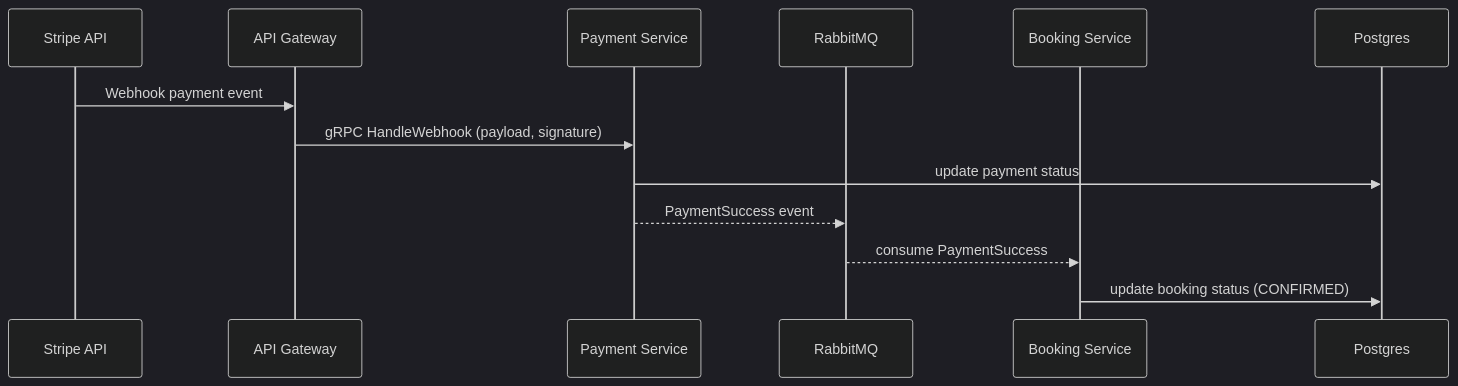
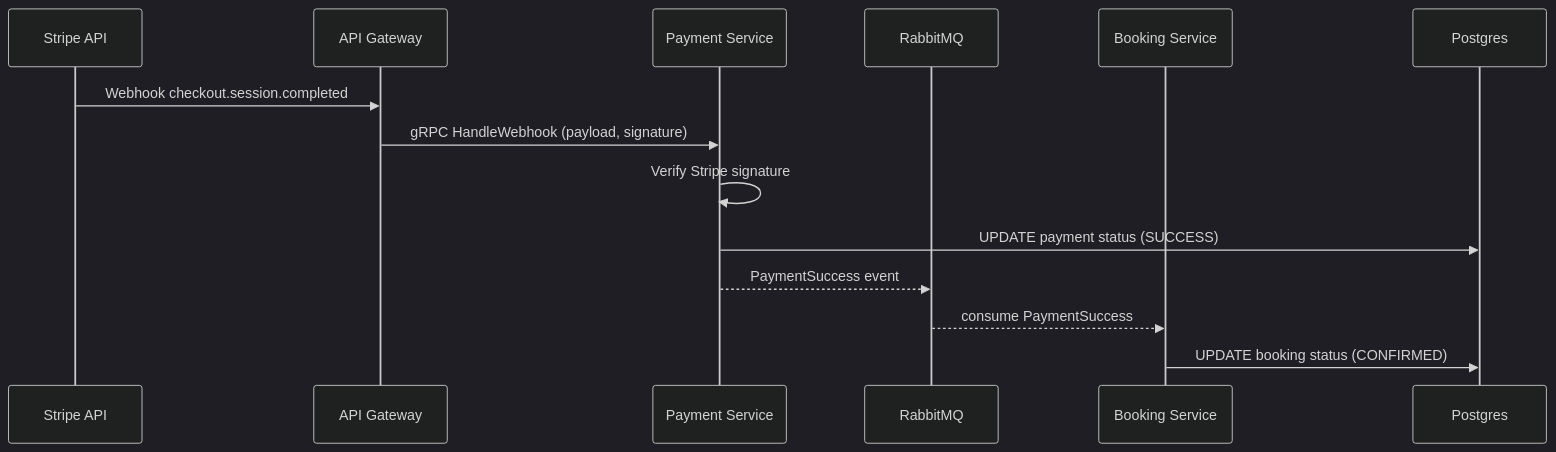
The diagram in docs/flows/payment-webhook-confirmation.md (baobei23/e-ticket), drawn with Mermaid (dark theme) before and after one commit. The commit also changed 5 other files, not shown here.

Commit message:
docs: update flow documentation

````diff
--- a/docs/flows/payment-webhook-confirmation.md
+++ b/docs/flows/payment-webhook-confirmation.md
@@ -3,17 +3,16 @@
 ```mermaid
 sequenceDiagram
   participant Stripe as Stripe API
   participant APIGW as API Gateway
   participant Payment as Payment Service
   participant MQ as RabbitMQ
   participant Booking as Booking Service
   participant DB as Postgres
-
-  Stripe ->> APIGW: Webhook payment event
+  Stripe ->> APIGW: Webhook checkout.session.completed
   APIGW ->> Payment: gRPC HandleWebhook (payload, signature)
-  Payment ->> DB: update payment status
+  Payment ->> Payment: Verify Stripe signature
+  Payment ->> DB: UPDATE payment status (SUCCESS)
   Payment -->> MQ: PaymentSuccess event
-
   MQ -->> Booking: consume PaymentSuccess
-  Booking ->> DB: update booking status (CONFIRMED)
+  Booking ->> DB: UPDATE booking status (CONFIRMED)
 ```
````
